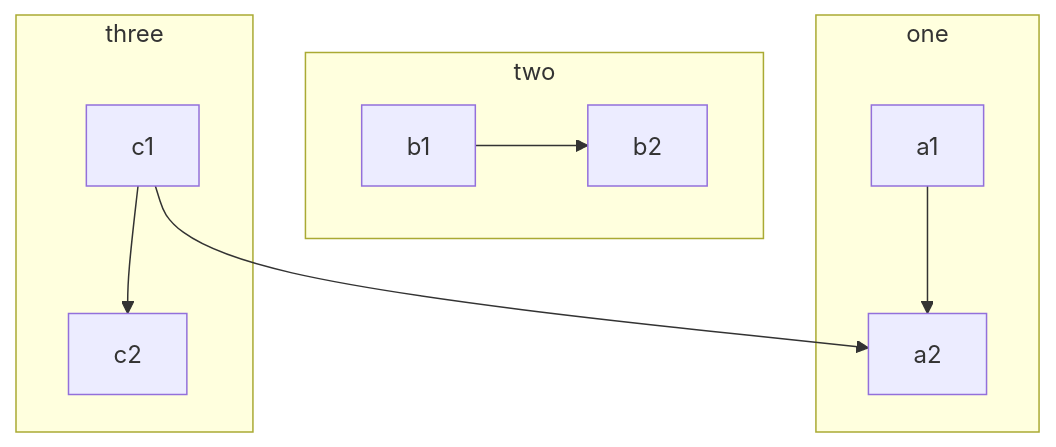
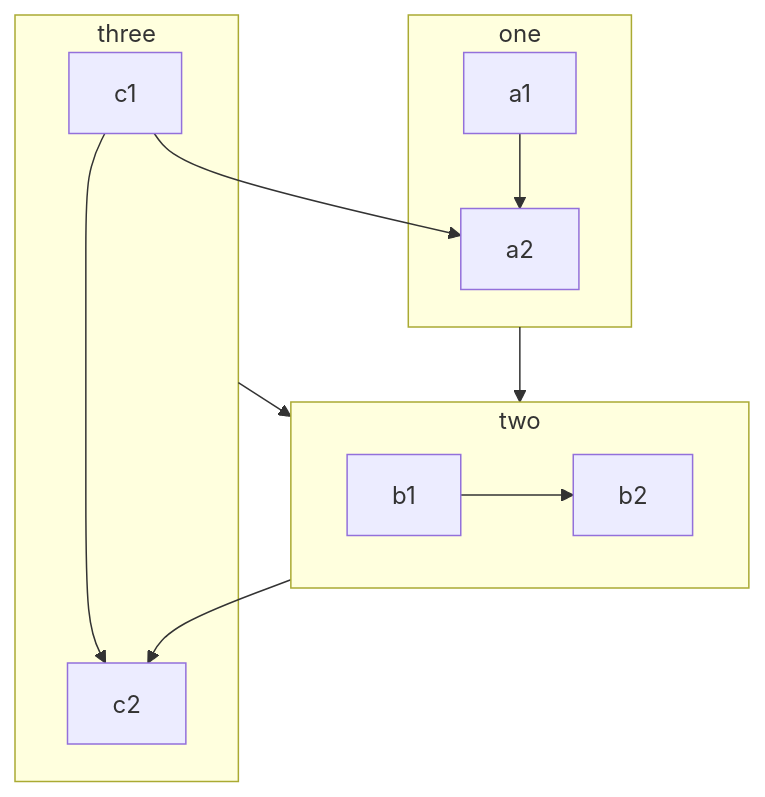
Before and after one commit to Rockung/manju-web: the second of 2 diagrams in public/examples/mermaid.md, drawn with Mermaid. The commit also changed other lines of this file and 13 other files, not shown here.

Commit message:
update after loading mermaid.js

````diff
--- a/public/examples/mermaid.md
+++ b/public/examples/mermaid.md
@@ -3,13 +12,16 @@
 ```mermaid
-graph TB
+flowchart TB
     c1-->a2
     subgraph one
     a1-->a2
     end
     subgraph two
     b1-->b2
     end
     subgraph three
     c1-->c2
     end
+    one --> two
+    three --> two
+    two --> c2
 ```
````
